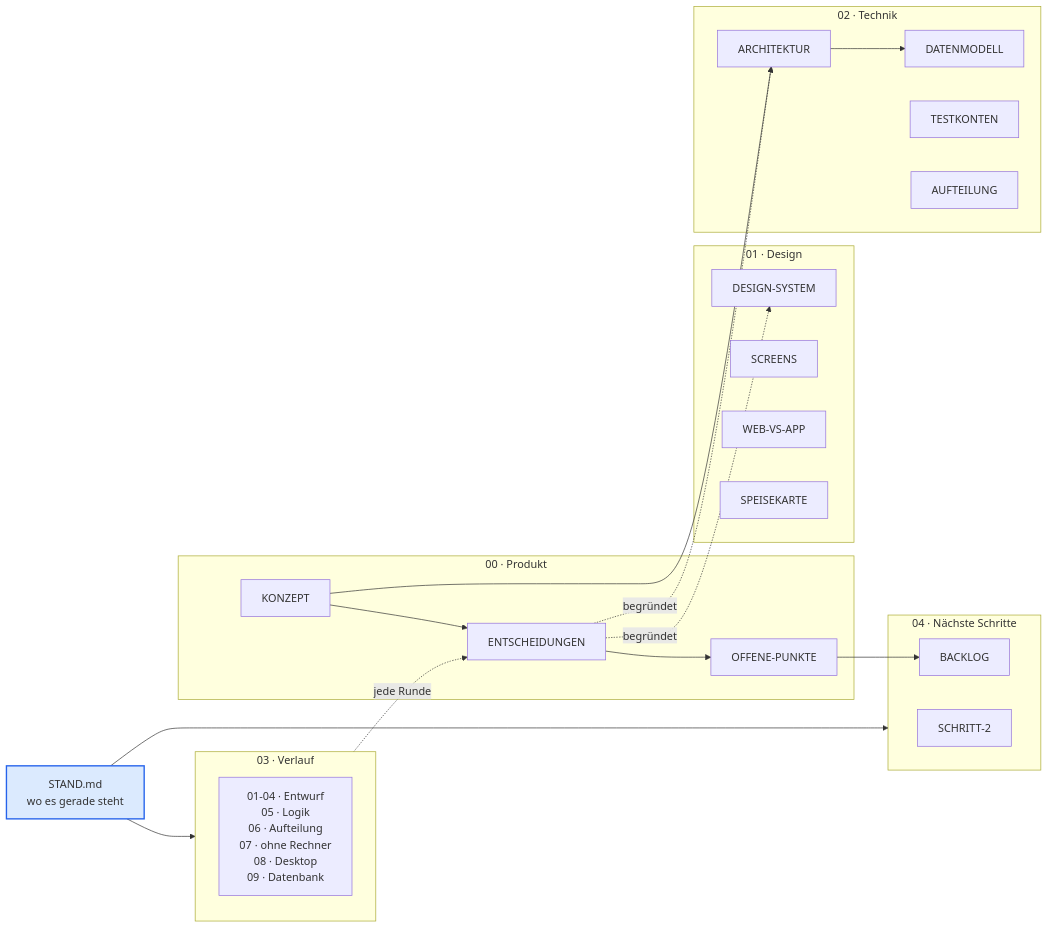
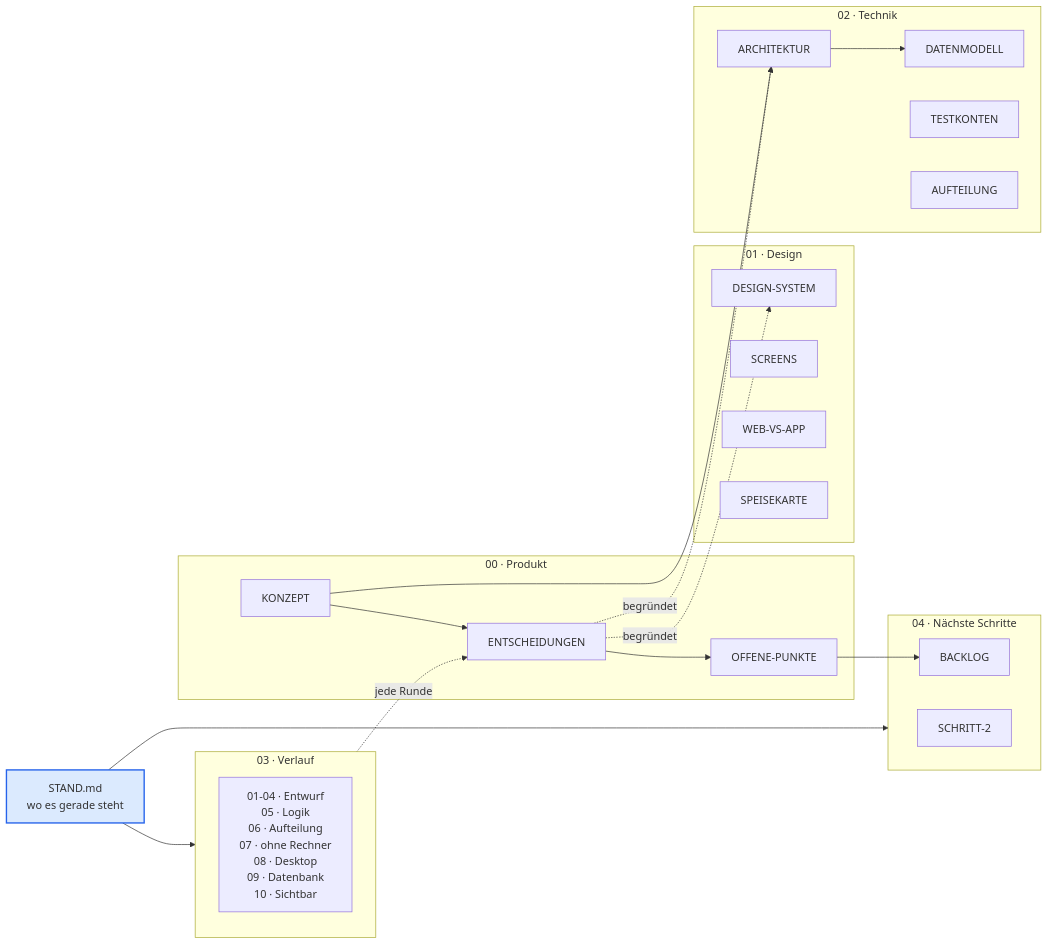
Before and after one commit to todidervogel/Brain: the diagram in README.md, drawn with Mermaid. The commit also changed 3 other files, not shown here.

````diff
--- a/README.md
+++ b/README.md
@@ -28,41 +28,41 @@
 ```mermaid
 flowchart LR
     STAND["STAND.md<br/>wo es gerade steht"]
 
     subgraph P ["00 · Produkt"]
         K[KONZEPT]
         E[ENTSCHEIDUNGEN]
         O[OFFENE-PUNKTE]
     end
     subgraph D ["01 · Design"]
         DS[DESIGN-SYSTEM]
         SC[SCREENS]
         WA[WEB-VS-APP]
         SP[SPEISEKARTE]
     end
     subgraph T ["02 · Technik"]
         AR[ARCHITEKTUR]
         DM[DATENMODELL]
         TK[TESTKONTEN]
         AU[AUFTEILUNG]
     end
     subgraph V ["03 · Verlauf"]
-        VR["01-04 · Entwurf<br/>05 · Logik<br/>06 · Aufteilung<br/>07 · ohne Rechner<br/>08 · Desktop<br/>09 · Datenbank"]
+        VR["01-04 · Entwurf<br/>05 · Logik<br/>06 · Aufteilung<br/>07 · ohne Rechner<br/>08 · Desktop<br/>09 · Datenbank<br/>10 · Sichtbar"]
     end
     subgraph N ["04 · Nächste Schritte"]
         S2[SCHRITT-2]
         BL[BACKLOG]
     end
 
     STAND --> V
     STAND --> N
     K --> E --> O
     K --> AR
     E -.begründet.-> DS
     E -.begründet.-> AR
     AR --> DM
     V -.jede Runde.-> E
     O --> BL
 
     style STAND fill:#dbeafe,stroke:#2563eb,stroke-width:2px
 ```
````
